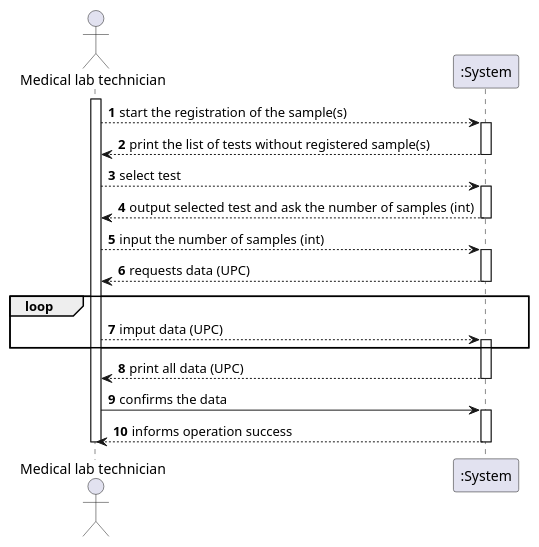
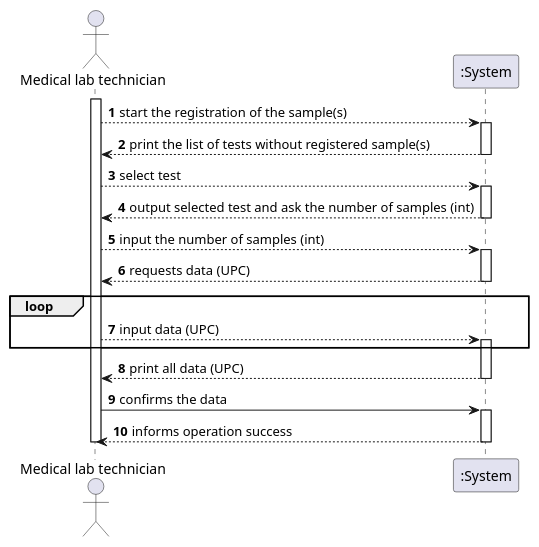
One commit to GuilhermeCunha79/lapr2 changed the diagram in docs/SprintC/US5/UC5_SSD.puml. Above: the diagram before and after it, drawn with PlantUML. The commit also changed 6 other files, not shown here.

Commit message:
Diagrams US-15 [US-15] [Design]

```diff
--- a/docs/SprintC/US5/UC5_SSD.puml
+++ b/docs/SprintC/US5/UC5_SSD.puml
@@ -1,32 +1,32 @@
 @startuml
 'https://plantuml.com/sequence-diagram
 
 autonumber
 actor "Medical lab technician" as Mlt
 
 activate Mlt
 Mlt--> ":System" : start the registration of the sample(s)
 activate ":System"
 ":System"--> Mlt : print the list of tests without registered sample(s)
 deactivate ":System"
 Mlt --> ":System" : select test
 activate ":System"
 ":System"--> Mlt : output selected test and ask the number of samples (int)
 deactivate ":System"
 Mlt --> ":System" : input the number of samples (int)
 activate ":System"
 ":System" --> Mlt : requests data (UPC)
 loop
 deactivate ":System"
-Mlt --> ":System" : imput data (UPC)
+Mlt --> ":System" : input data (UPC)
 activate ":System"
 end
 ":System" --> Mlt : print all data (UPC)
 deactivate ":System"
 Mlt -> ":System" : confirms the data
 activate ":System"
 ":System" --> Mlt : informs operation success
 deactivate ":System"
 
 deactivate Mlt
 @enduml
```
